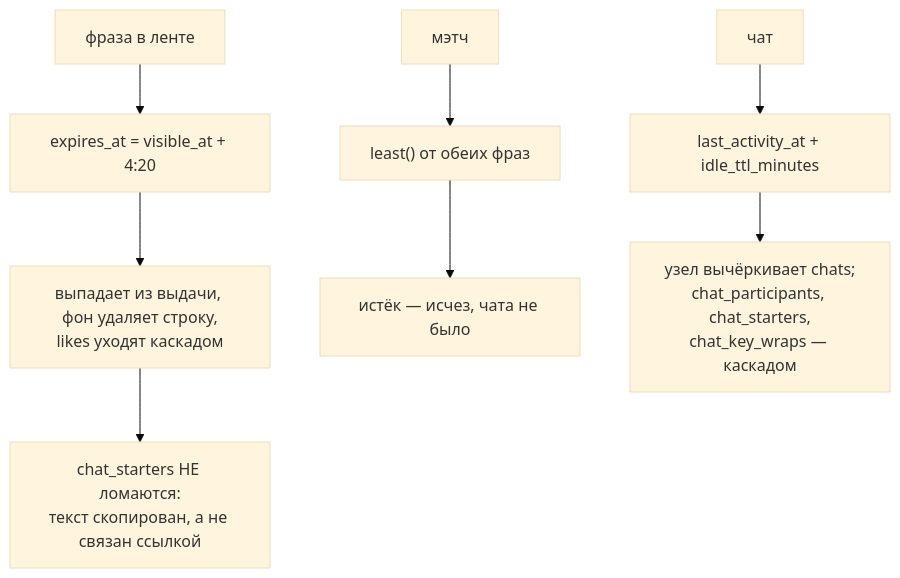
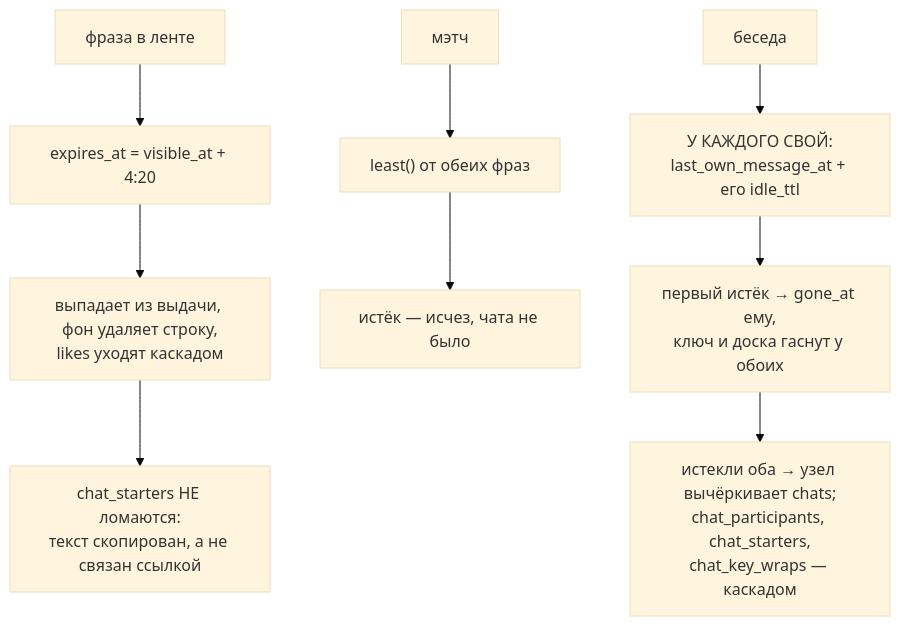
Diagram 27 of 30 in docs/chat-flows_RU.md (panov-id/xor.ad), drawn with Mermaid (base theme) before and after one commit. The commit also changed other lines of this file and 8 other files, not shown here.

````diff
--- a/docs/chat-flows_RU.md
+++ b/docs/chat-flows_RU.md
@@ -851,10 +876,11 @@
 ```mermaid
 flowchart TD
   feed["фраза в ленте"] --> f1["expires_at = visible_at + 4:20"]
   f1 --> f2["выпадает из выдачи, фон удаляет строку,<br/>likes уходят каскадом"]
   f2 --> f3["chat_starters НЕ ломаются:<br/>текст скопирован, а не связан ссылкой"]
   match["мэтч"] --> m1["least#40;#41; от обеих фраз"]
   m1 --> m2["истёк — исчез, чата не было"]
-  chat["чат"] --> c1["last_activity_at + idle_ttl_minutes"]
-  c1 --> c2["узел вычёркивает chats;<br/>chat_participants, chat_starters,<br/>chat_key_wraps — каскадом"]
+  chat["беседа"] --> c1["У КАЖДОГО СВОЙ:<br/>last_own_message_at + его idle_ttl"]
+  c1 --> c2["первый истёк → gone_at ему,<br/>ключ и доска гаснут у обоих"]
+  c2 --> c3["истекли оба → узел вычёркивает chats;<br/>chat_participants, chat_starters,<br/>chat_key_wraps — каскадом"]
 ```
````
